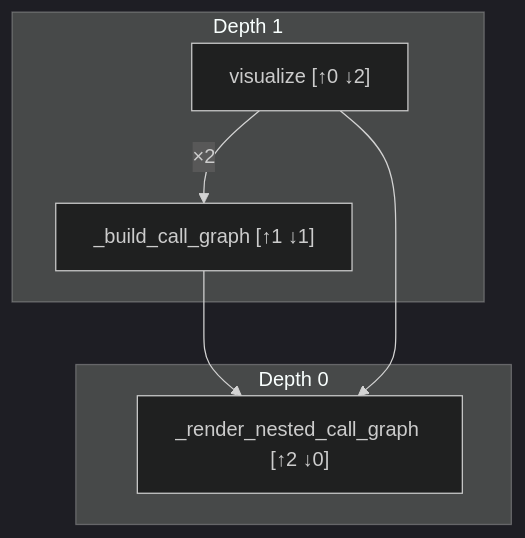
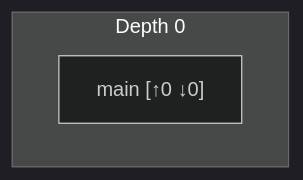
One commit to pactkit/pactkit-src changed the diagram in docs/architecture/graphs/reverse_call_graph.mmd. Above: the diagram before and after it, drawn with Mermaid (dark theme). The commit also changed 4 other files, not shown here.

First line of the commit message:
chore: housekeeping — rotate lessons, refresh stale graphs, update HLD

```diff
--- a/docs/architecture/graphs/reverse_call_graph.mmd
+++ b/docs/architecture/graphs/reverse_call_graph.mmd
@@ -1,11 +1,4 @@
 graph TD
     subgraph "Depth 0"
-        _render_nested_call_graph["_render_nested_call_graph [↑2 ↓0]"]
+        main["main [↑0 ↓0]"]
     end
-    subgraph "Depth 1"
-        _build_call_graph["_build_call_graph [↑1 ↓1]"]
-        visualize["visualize [↑0 ↓2]"]
-    end
-    _build_call_graph --> _render_nested_call_graph
-    visualize --> _render_nested_call_graph
-    visualize -->|×2| _build_call_graph
```
